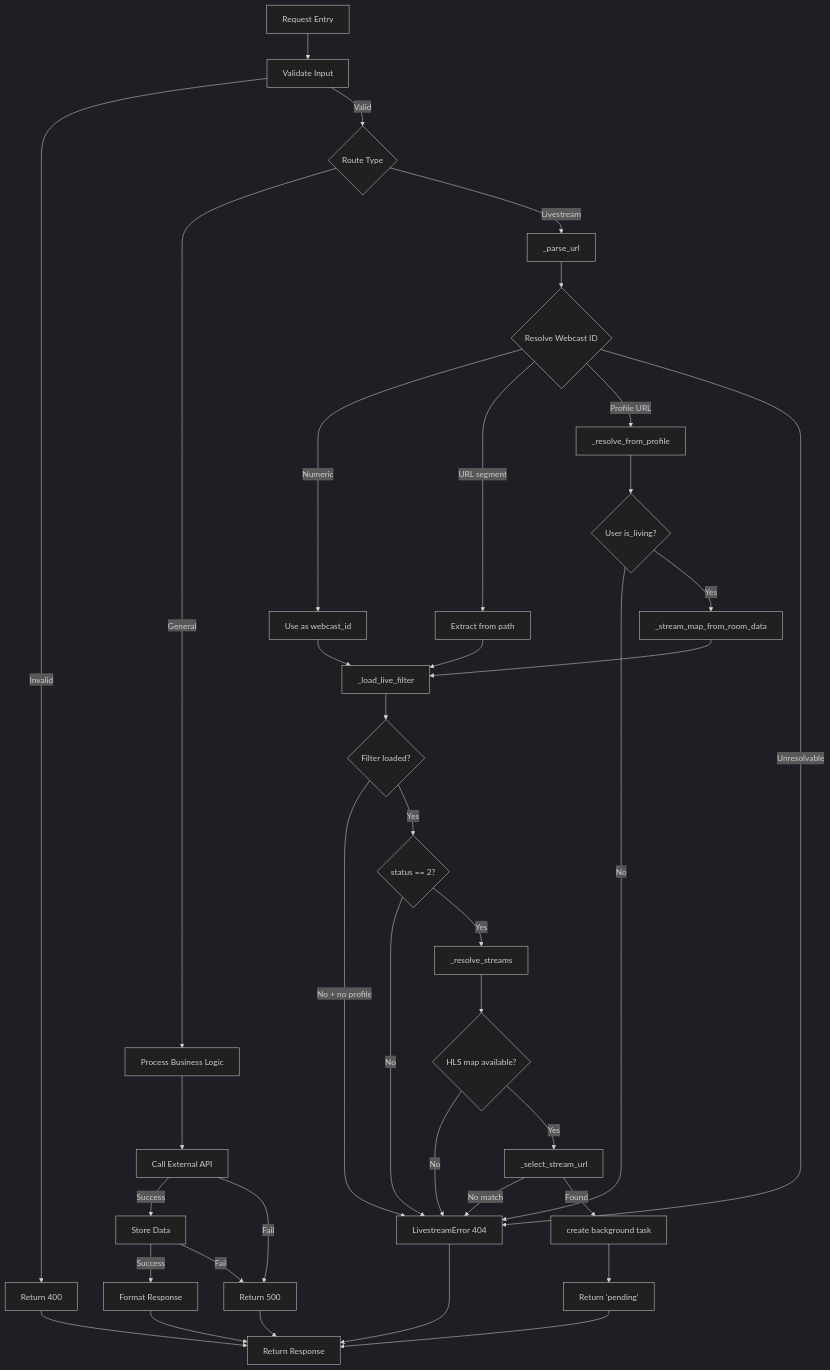
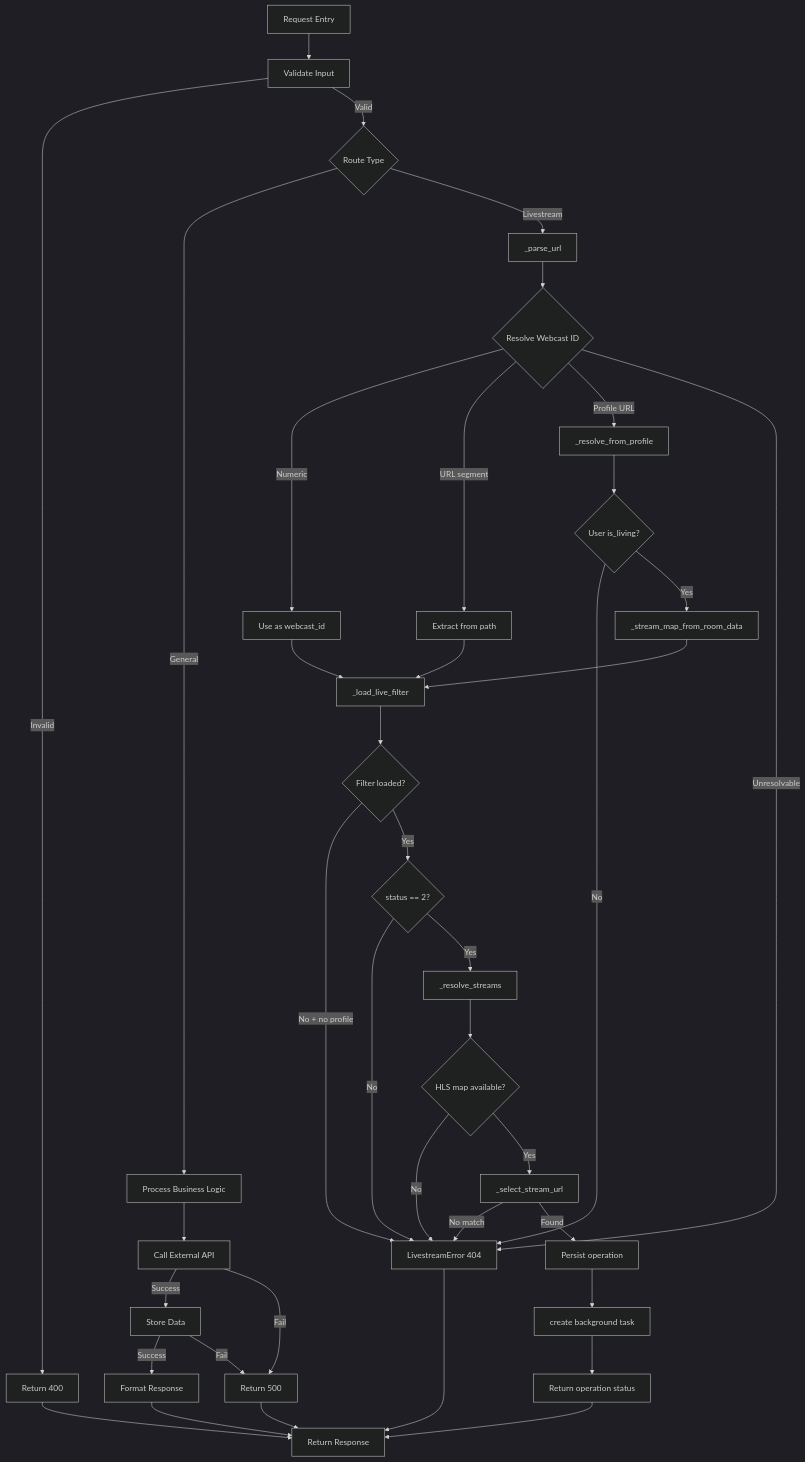
One commit to memenow/dyvine changed the diagram in docs/architecture/control-flow.md. Above: the diagram before and after it, drawn with Mermaid (dark theme). The commit also changed other lines of this file and 41 other files, not shown here.

````diff
--- a/docs/architecture/control-flow.md
+++ b/docs/architecture/control-flow.md
@@ -11,50 +11,51 @@
 ```mermaid
 graph TD
     Start[Request Entry] --> Validate[Validate Input]
     Validate -->|Invalid| Error400[Return 400]
     Validate -->|Valid| Route{Route Type}
 
     Route -->|General| Process[Process Business Logic]
     Route -->|Livestream| ParseURL[_parse_url]
 
     ParseURL --> ResolveID{Resolve Webcast ID}
     ResolveID -->|Numeric| DirectID[Use as webcast_id]
     ResolveID -->|URL segment| ExtractID[Extract from path]
     ResolveID -->|Profile URL| ProfileLookup[_resolve_from_profile]
     ResolveID -->|Unresolvable| LiveErr[LivestreamError 404]
 
     ProfileLookup --> IsLive{User is_living?}
     IsLive -->|No| LiveErr
     IsLive -->|Yes| StreamMaps[_stream_map_from_room_data]
 
     DirectID --> LoadFilter[_load_live_filter]
     ExtractID --> LoadFilter
     StreamMaps --> LoadFilter
 
     LoadFilter --> FilterOK{Filter loaded?}
     FilterOK -->|No + no profile| LiveErr
     FilterOK -->|Yes| CheckStatus{status == 2?}
 
     CheckStatus -->|No| LiveErr
     CheckStatus -->|Yes| ResolveStreams[_resolve_streams]
 
     ResolveStreams --> HasHLS{HLS map available?}
     HasHLS -->|No| LiveErr
     HasHLS -->|Yes| SelectQuality[_select_stream_url]
 
     SelectQuality -->|No match| LiveErr
-    SelectQuality -->|Found| StartTask[create background task]
-    StartTask --> ReturnPending[Return 'pending']
+    SelectQuality -->|Found| CreateOp[Persist operation]
+    CreateOp --> StartTask[create background task]
+    StartTask --> ReturnPending[Return operation status]
 
     Process --> CallExternal[Call External API]
     CallExternal -->|Success| Store[Store Data]
     CallExternal -->|Fail| Error500[Return 500]
     Store -->|Success| Respond[Format Response]
     Store -->|Fail| Error500
 
     Respond --> End[Return Response]
     ReturnPending --> End
     LiveErr --> End
     Error400 --> End
     Error500 --> End
 ```
````
